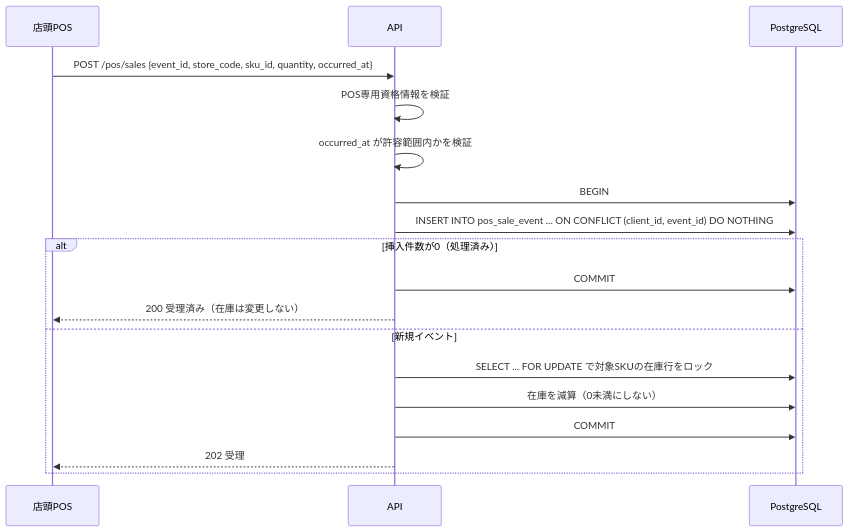
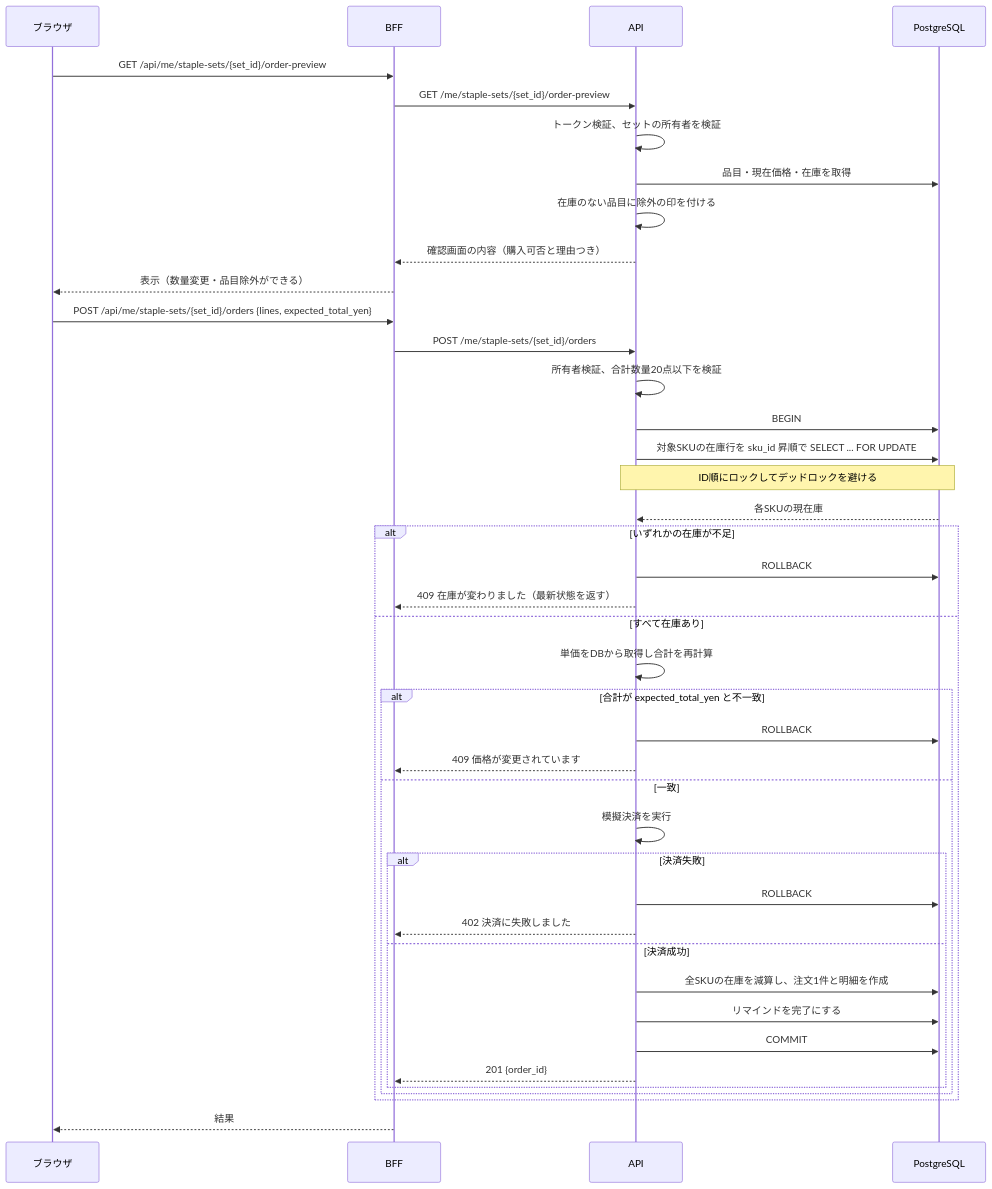
The sixth of 11 diagrams in 設計仕様書.md (Nagaoka122/tech0-lv3-ec), drawn with Mermaid before and after one commit. The commit also changed other lines of this file and 3 other files, not shown here.

````diff
--- a/設計仕様書.md
+++ b/設計仕様書.md
@@ -239,21 +245,45 @@
 ```mermaid
 sequenceDiagram
-    participant P as 店頭POS
+    participant B as ブラウザ
+    participant F as BFF
     participant A as API
     participant D as PostgreSQL
 
-    P->>A: POST /pos/sales {event_id, store_code, sku_id, quantity, occurred_at}
-    A->>A: POS専用資格情報を検証
-    A->>A: occurred_at が許容範囲内かを検証
+    B->>F: GET /api/me/staple-sets/{set_id}/order-preview
+    F->>A: GET /me/staple-sets/{set_id}/order-preview
+    A->>A: トークン検証、セットの所有者を検証
+    A->>D: 品目・現在価格・在庫を取得
+    A->>A: 在庫のない品目に除外の印を付ける
+    A-->>F: 確認画面の内容（購入可否と理由つき）
+    F-->>B: 表示（数量変更・品目除外ができる）
+
+    B->>F: POST /api/me/staple-sets/{set_id}/orders {lines, expected_total_yen}
+    F->>A: POST /me/staple-sets/{set_id}/orders
+    A->>A: 所有者検証、合計数量20点以下を検証
     A->>D: BEGIN
-    A->>D: INSERT INTO pos_sale_event ... ON CONFLICT (client_id, event_id) DO NOTHING
-    alt 挿入件数が0（処理済み）
-        A->>D: COMMIT
-        A-->>P: 200 受理済み（在庫は変更しない）
-    else 新規イベント
-        A->>D: SELECT ... FOR UPDATE で対象SKUの在庫行をロック
-        A->>D: 在庫を減算（0未満にしない）
-        A->>D: COMMIT
-        A-->>P: 202 受理
+    A->>D: 対象SKUの在庫行を sku_id 昇順で SELECT ... FOR UPDATE
+    Note over A,D: ID順にロックしてデッドロックを避ける
+    D-->>A: 各SKUの現在庫
+    alt いずれかの在庫が不足
+        A->>D: ROLLBACK
+        A-->>F: 409 在庫が変わりました（最新状態を返す）
+    else すべて在庫あり
+        A->>A: 単価をDBから取得し合計を再計算
+        alt 合計が expected_total_yen と不一致
+            A->>D: ROLLBACK
+            A-->>F: 409 価格が変更されています
+        else 一致
+            A->>A: 模擬決済を実行
+            alt 決済失敗
+                A->>D: ROLLBACK
+                A-->>F: 402 決済に失敗しました
+            else 決済成功
+                A->>D: 全SKUの在庫を減算し、注文1件と明細を作成
+                A->>D: リマインドを完了にする
+                A->>D: COMMIT
+                A-->>F: 201 {order_id}
+            end
+        end
     end
+    F-->>B: 結果
 ```
````
